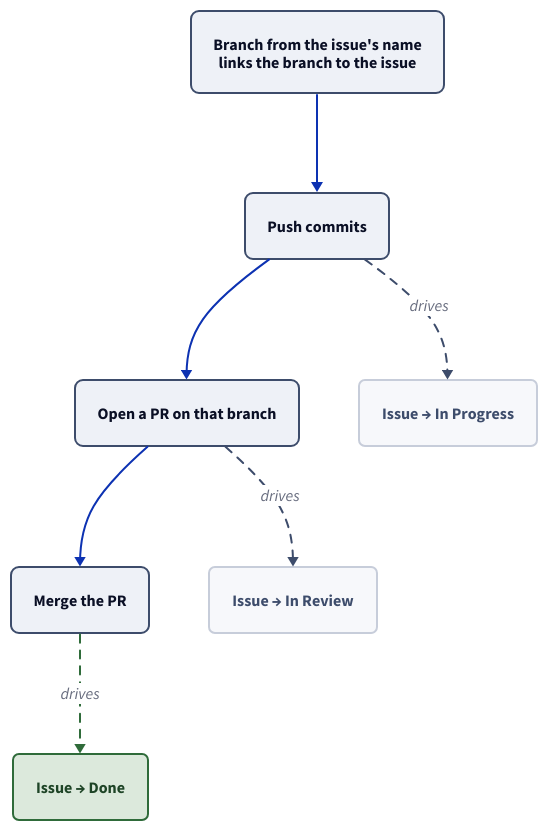
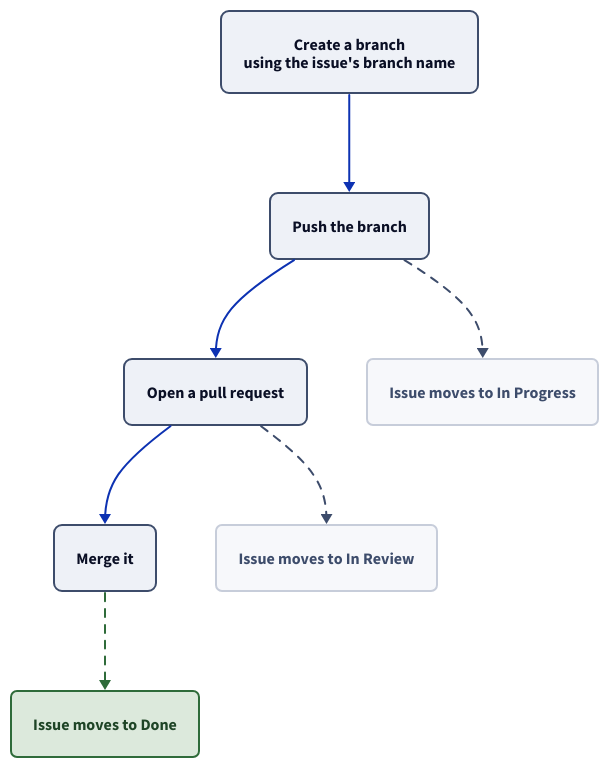
Before and after one commit to hungovercoders/linear-work-management: the diagram in docs/diagrams/github-flow.d2, drawn with D2. The commit also changed 15 other files, not shown here.

First line of the commit message:
docs(diagrams): redraw all eight in the guide's plain wording

```diff
--- a/docs/diagrams/github-flow.d2
+++ b/docs/diagrams/github-flow.d2
@@ -1,39 +1,39 @@
 # GitHub → Linear: issue state as a side effect of shipping code.
 # Shown on the Integrations page as a committed SVG (see `task diagrams`).
 # Left column: what you do in git. Right column: the issue state it drives.
 # Flat + acyclic, top-to-bottom.
 
 direction: down
 
 # ---- the git actions (what a person does) ----
-branch: "Branch from the issue's name\nlinks the branch to the issue" {
+branch: "Create a branch\nusing the issue's branch name" {
   style: {fill: "#EEF1F7"; stroke: "#3D4C6B"; border-radius: 8; bold: true}
 }
-push: "Push commits" {
+push: "Push the branch" {
   style: {fill: "#EEF1F7"; stroke: "#3D4C6B"; border-radius: 8}
 }
-pr: "Open a PR on that branch" {
+pr: "Open a pull request" {
   style: {fill: "#EEF1F7"; stroke: "#3D4C6B"; border-radius: 8}
 }
-merge: "Merge the PR" {
+merge: "Merge it" {
   style: {fill: "#EEF1F7"; stroke: "#3D4C6B"; border-radius: 8}
 }
 
 # ---- the issue states it drives (the side effect) ----
-s_prog: "Issue → In Progress" {
+s_prog: "Issue moves to In Progress" {
   style: {fill: "#F7F8FB"; stroke: "#C7CDDA"; border-radius: 6; font-color: "#3D4C6B"}
 }
-s_rev: "Issue → In Review" {
+s_rev: "Issue moves to In Review" {
   style: {fill: "#F7F8FB"; stroke: "#C7CDDA"; border-radius: 6; font-color: "#3D4C6B"}
 }
-s_done: "Issue → Done" {
+s_done: "Issue moves to Done" {
   style: {fill: "#DCE9DC"; stroke: "#2F6B3A"; border-radius: 6; font-color: "#1E4426"; bold: true}
 }
 
 # ---- the pipeline ----
 branch -> push -> pr -> merge
 
 # ---- each action moves the state, no one touches it by hand ----
-push -> s_prog: drives {style: {stroke: "#3D4C6B"; stroke-dash: 4}}
-pr -> s_rev: drives {style: {stroke: "#3D4C6B"; stroke-dash: 4}}
-merge -> s_done: drives {style: {stroke: "#2F6B3A"; stroke-dash: 4}}
+push -> s_prog {style: {stroke: "#3D4C6B"; stroke-dash: 4}}
+pr -> s_rev {style: {stroke: "#3D4C6B"; stroke-dash: 4}}
+merge -> s_done {style: {stroke: "#2F6B3A"; stroke-dash: 4}}
```
